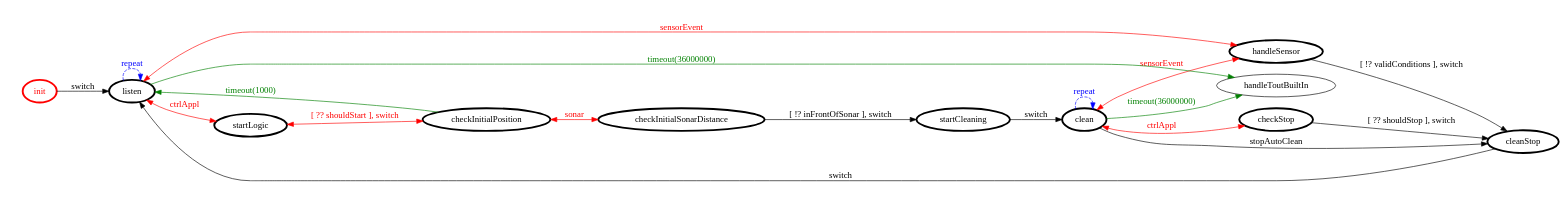
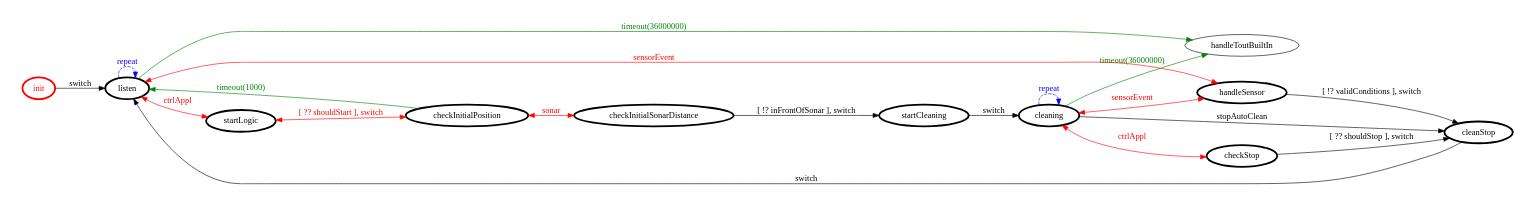
The diagram in it.unibo.finaltask/srcMore/it/unibo/webguiexecutor/webguiexecutor.gv (piscoTech/uniboIss2018), drawn with Graphviz before and after one commit. The commit also changed 12 other files, not shown here.

```diff
--- a/it.unibo.finaltask/srcMore/it/unibo/webguiexecutor/webguiexecutor.gv
+++ b/it.unibo.finaltask/srcMore/it/unibo/webguiexecutor/webguiexecutor.gv
@@ -1,41 +1,41 @@
 /*
 *
 * A GraphViz DOT FSM description 
 * Please use a GraphViz visualizer (like http://www.webgraphviz.com)
 *  
 */
 
 digraph finite_state_machine {
 	rankdir=LR
 	size="8,5"
 	
 	init [ color = red ][ fontcolor = red ][ penwidth = 3 ]
+	cleaning [ color = black ][ fontcolor = black ][ penwidth = 3 ]
 	startLogic [ color = black ][ fontcolor = black ][ penwidth = 3 ]
 	handleSensor [ color = black ][ fontcolor = black ][ penwidth = 3 ]
 	checkInitialSonarDistance [ color = black ][ fontcolor = black ][ penwidth = 3 ]
 	startCleaning [ color = black ][ fontcolor = black ][ penwidth = 3 ]
 	checkStop [ color = black ][ fontcolor = black ][ penwidth = 3 ]
-	clean [ color = black ][ fontcolor = black ][ penwidth = 3 ]
 	cleanStop [ color = black ][ fontcolor = black ][ penwidth = 3 ]
 	listen [ color = black ][ fontcolor = black ][ penwidth = 3 ]
 	checkInitialPosition [ color = black ][ fontcolor = black ][ penwidth = 3 ]
 	
 	startLogic -> checkInitialPosition [ label = "[ ?? shouldStart ], switch" ][ color = red ][ fontcolor = red ][ dir = both ]
-	clean -> clean [ label = "repeat "][ style = dashed ][ color = blue ][ fontcolor = blue ]
 	listen -> startLogic [ label = "ctrlAppl" ][ color = red ][ fontcolor = red ][ dir = both ]
 	cleanStop -> listen [ label = "switch" ][ color = black ][ fontcolor = black ]
 	checkInitialPosition -> checkInitialSonarDistance [ label = "sonar" ][ color = red ][ fontcolor = red ][ dir = both ]
-	clean -> handleSensor [ label = "sensorEvent" ][ color = red ][ fontcolor = red ][ dir = both ]
 	listen -> handleSensor [ label = "sensorEvent" ][ color = red ][ fontcolor = red ][ dir = both ]
 	checkInitialPosition -> listen [ label = "timeout(1000)" ][ color = green ][ fontcolor = green ]
+	startCleaning -> cleaning [ label = "switch" ][ color = black ][ fontcolor = black ]
 	listen -> handleToutBuiltIn [ label = "timeout(36000000)" ][ color = green ][ fontcolor = green ]
-	startCleaning -> clean [ label = "switch" ][ color = black ][ fontcolor = black ]
 	checkInitialSonarDistance -> startCleaning [ label = "[ !? inFrontOfSonar ], switch" ][ color = black ][ fontcolor = black ]
+	cleaning -> handleSensor [ label = "sensorEvent" ][ color = red ][ fontcolor = red ][ dir = both ]
 	listen -> listen [ label = "repeat "][ style = dashed ][ color = blue ][ fontcolor = blue ]
-	clean -> cleanStop [ label = "stopAutoClean" ][ color = black ][ fontcolor = black ]
-	clean -> checkStop [ label = "ctrlAppl" ][ color = red ][ fontcolor = red ][ dir = both ]
 	init -> listen [ label = "switch" ][ color = black ][ fontcolor = black ]
 	checkStop -> cleanStop [ label = "[ ?? shouldStop ], switch" ][ color = black ][ fontcolor = black ]
 	handleSensor -> cleanStop [ label = "[ !? validConditions ], switch" ][ color = black ][ fontcolor = black ]
-	clean -> handleToutBuiltIn [ label = "timeout(36000000)" ][ color = green ][ fontcolor = green ]
+	cleaning -> cleaning [ label = "repeat "][ style = dashed ][ color = blue ][ fontcolor = blue ]
+	cleaning -> handleToutBuiltIn [ label = "timeout(36000000)" ][ color = green ][ fontcolor = green ]
+	cleaning -> checkStop [ label = "ctrlAppl" ][ color = red ][ fontcolor = red ][ dir = both ]
+	cleaning -> cleanStop [ label = "stopAutoClean" ][ color = black ][ fontcolor = black ]
 }
```
